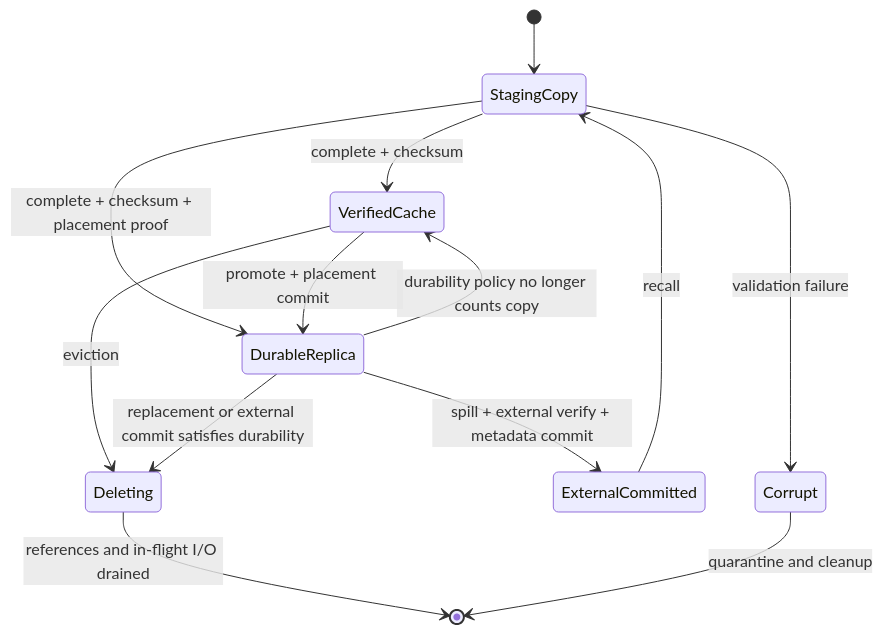
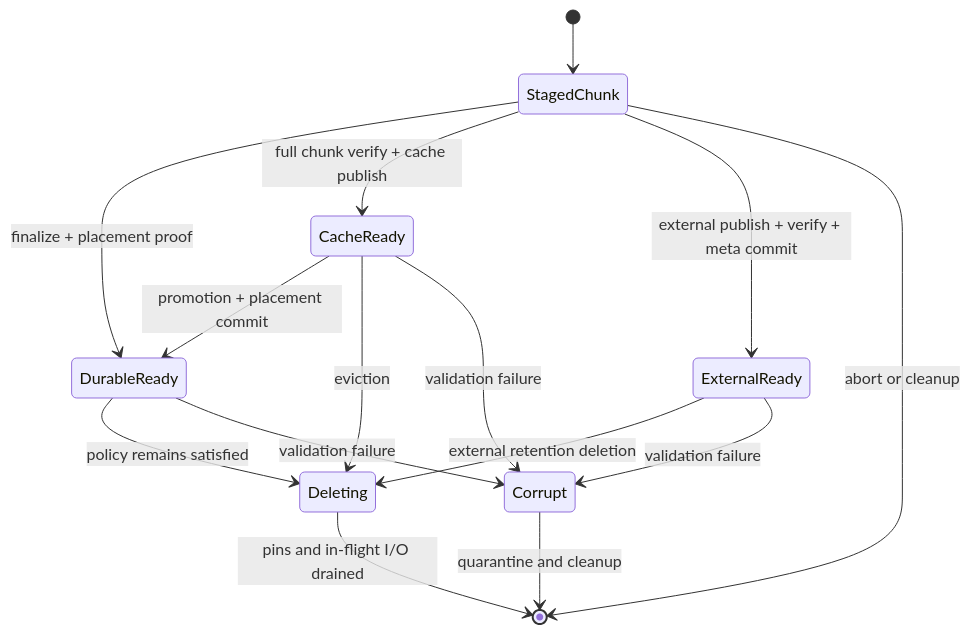
One commit to lelezi257/dms changed the diagram in docs/semantics/copy-states.md. Above: the diagram before and after it, drawn with Mermaid. The commit also changed other lines of this file and 14 other files, not shown here.

````diff
--- a/docs/semantics/copy-states.md
+++ b/docs/semantics/copy-states.md
@@ -23,15 +40,19 @@
 ```mermaid
 stateDiagram-v2
-    [*] --> StagingCopy
-    StagingCopy --> VerifiedCache: complete + checksum
-    StagingCopy --> DurableReplica: complete + checksum + placement proof
-    StagingCopy --> Corrupt: validation failure
-    VerifiedCache --> DurableReplica: promote + placement commit
-    DurableReplica --> VerifiedCache: durability policy no longer counts copy
-    DurableReplica --> ExternalCommitted: spill + external verify + metadata commit
-    VerifiedCache --> Deleting: eviction
-    DurableReplica --> Deleting: replacement or external commit satisfies durability
-    ExternalCommitted --> StagingCopy: recall
-    Deleting --> [*]: references and in-flight I/O drained
+    [*] --> StagedChunk
+    StagedChunk --> DurableReady: finalize + placement proof
+    StagedChunk --> CacheReady: full chunk verify + cache publish
+    StagedChunk --> ExternalReady: external publish + verify + meta commit
+    StagedChunk --> [*]: abort or cleanup
+
+    CacheReady --> DurableReady: promotion + placement commit
+    DurableReady --> Deleting: policy remains satisfied
+    CacheReady --> Deleting: eviction
+    ExternalReady --> Deleting: external retention deletion
+
+    DurableReady --> Corrupt: validation failure
+    CacheReady --> Corrupt: validation failure
+    ExternalReady --> Corrupt: validation failure
     Corrupt --> [*]: quarantine and cleanup
+    Deleting --> [*]: pins and in-flight I/O drained
 ```
````
